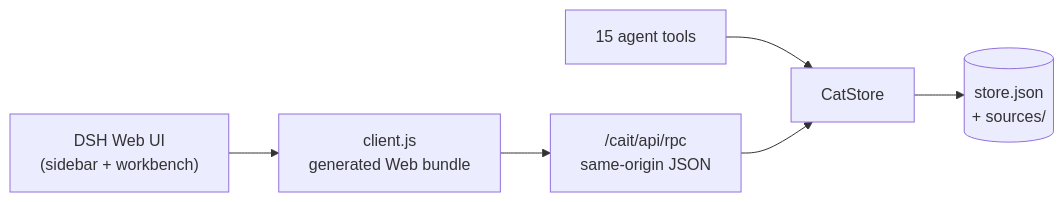
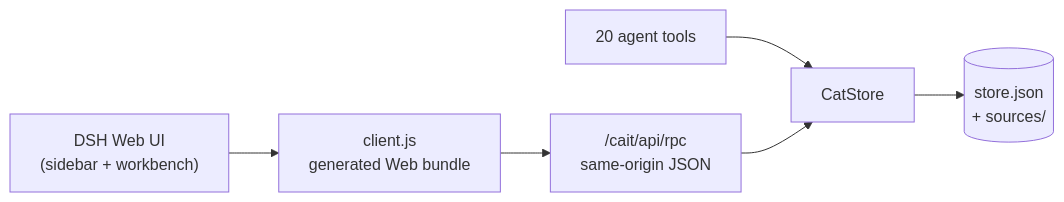
Before and after one commit to JoviLecca/dsh-CAIT: the diagram in README.md, drawn with Mermaid. The commit also changed other lines of this file and 42 other files, not shown here.

````diff
--- a/README.md
+++ b/README.md
@@ -382,8 +438,8 @@
 ```mermaid
 flowchart LR
   UI["DSH Web UI<br/>(sidebar + workbench)"] --> Client["client.js<br/>generated Web bundle"]
   Client --> API["/cait/api/rpc<br/>same-origin JSON"]
-  Tools["15 agent tools"] --> Store["CatStore"]
+  Tools["20 agent tools"] --> Store["CatStore"]
   API --> Store
   Store --> Snapshot[("store.json<br/>+ sources/")]
 ```
````
